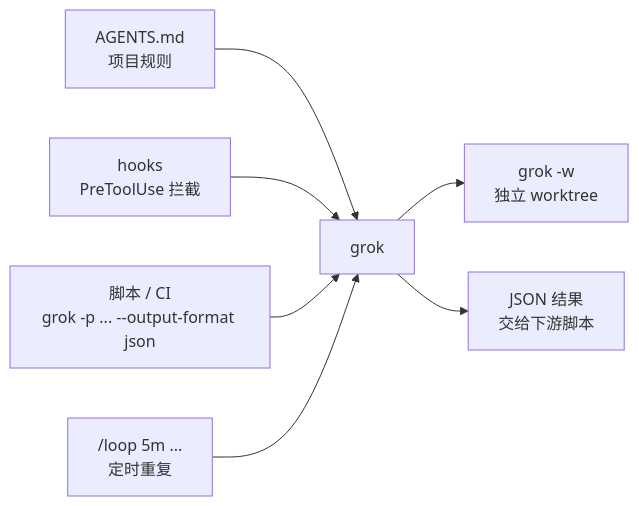
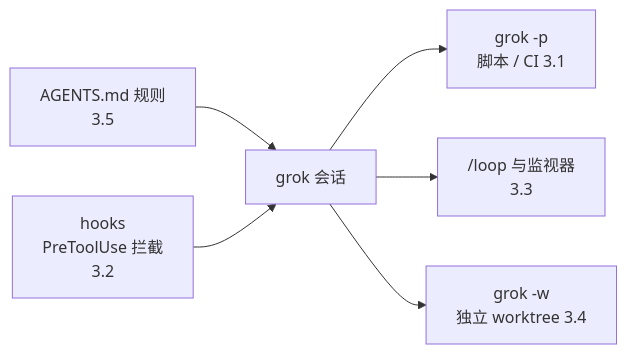
Before and after one commit to yzw7489757/ai-coding-videos: the diagram in docs/34-grok-build-headless-hooks.md, drawn with Mermaid. The commit also changed other lines of this file and 6 other files, not shown here.

````diff
--- a/docs/34-grok-build-headless-hooks.md
+++ b/docs/34-grok-build-headless-hooks.md
@@ -44,9 +57,8 @@
 ```mermaid
 flowchart LR
-    R["AGENTS.md<br/>项目规则"] --> G["grok"]
-    H["hooks<br/>PreToolUse 拦截"] --> G
-    S["脚本 / CI<br/>grok -p ... --output-format json"] --> G
-    L["/loop 5m ...<br/>定时重复"] --> G
-    G --> W["grok -w<br/>独立 worktree"]
-    G --> O["JSON 结果<br/>交给下游脚本"]
+  R["AGENTS.md 规则<br/>3.5"] --> G["grok 会话"]
+  H["hooks<br/>PreToolUse 拦截<br/>3.2"] --> G
+  G --> P["grok -p<br/>脚本 / CI 3.1"]
+  G --> L["/loop 与监视器<br/>3.3"]
+  G --> W["grok -w<br/>独立 worktree 3.4"]
 ```
````
